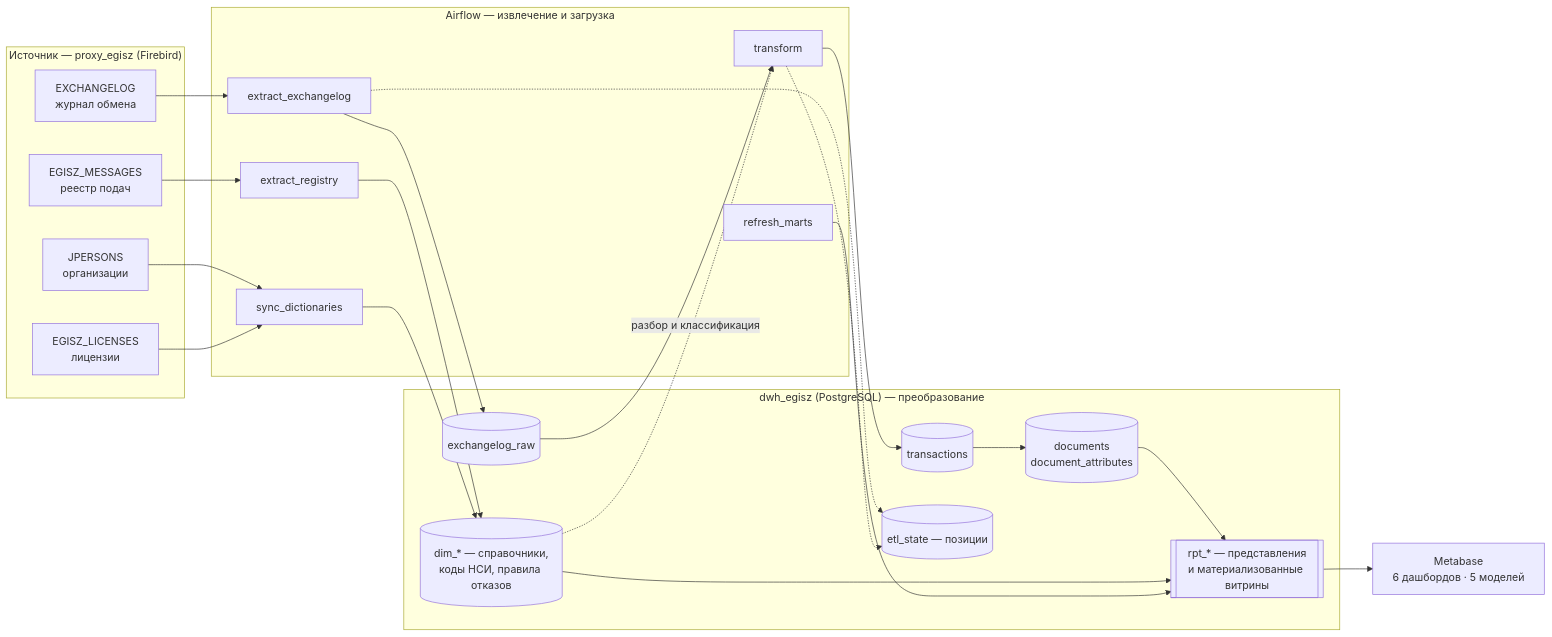
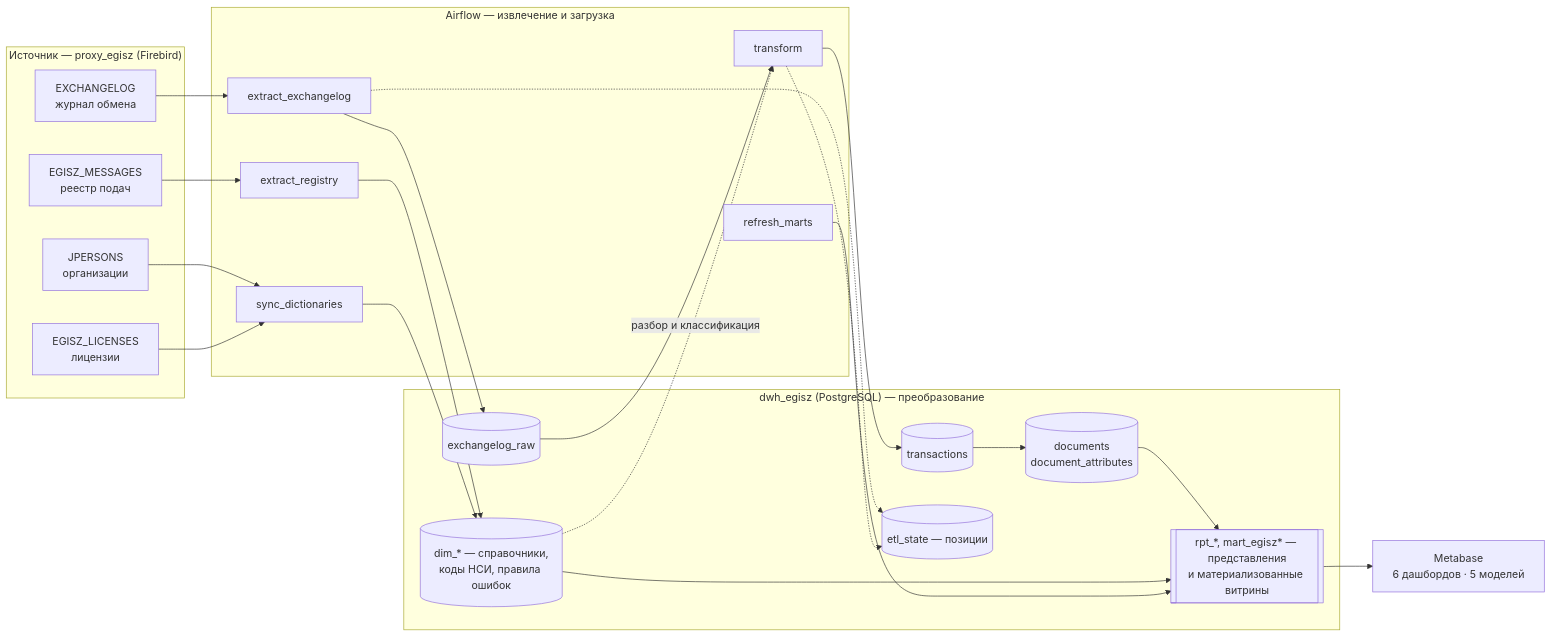
Before and after one commit to asaf1n/EGISZ-Proxy-Reports-Airflow: the second of 5 diagrams in README.md, drawn with Mermaid. The commit also changed other lines of this file and 45 other files, not shown here.

````diff
--- a/README.md
+++ b/README.md
@@ -92,41 +94,41 @@
 ```mermaid
 flowchart LR
     subgraph SRC["Источник — proxy_egisz (Firebird)"]
         EL[EXCHANGELOG<br/>журнал обмена]
         EM[EGISZ_MESSAGES<br/>реестр подач]
         JP[JPERSONS<br/>организации]
         LIC[EGISZ_LICENSES<br/>лицензии]
     end
 
     subgraph AF["Airflow — извлечение и загрузка"]
         T1[extract_exchangelog]
         T2[extract_registry]
         T3[sync_dictionaries]
         T4[transform]
         T5[refresh_marts]
     end
 
     subgraph DWH["dwh_egisz (PostgreSQL) — преобразование"]
         RAW[(exchangelog_raw)]
         TX[(transactions)]
         DOC[(documents<br/>document_attributes)]
-        DIM[(dim_* — справочники,<br/>коды НСИ, правила отказов)]
-        RPT[[rpt_* — представления<br/>и материализованные витрины]]
+        DIM[(dim_* — справочники,<br/>коды НСИ, правила ошибок)]
+        RPT[[rpt_*, mart_egisz* — представления<br/>и материализованные витрины]]
         ST[(etl_state — позиции)]
     end
 
     MB[Metabase<br/>6 дашбордов · 5 моделей]
 
     EL --> T1 --> RAW
     EM --> T2 --> DIM
     JP --> T3 --> DIM
     LIC --> T3
     RAW --> T4 --> TX --> DOC
     DIM -. разбор и классификация .-> T4
     DOC --> RPT
     DIM --> RPT
     T5 --> RPT
     RPT --> MB
     T1 -.-> ST
     T4 -.-> ST
 ```
````
